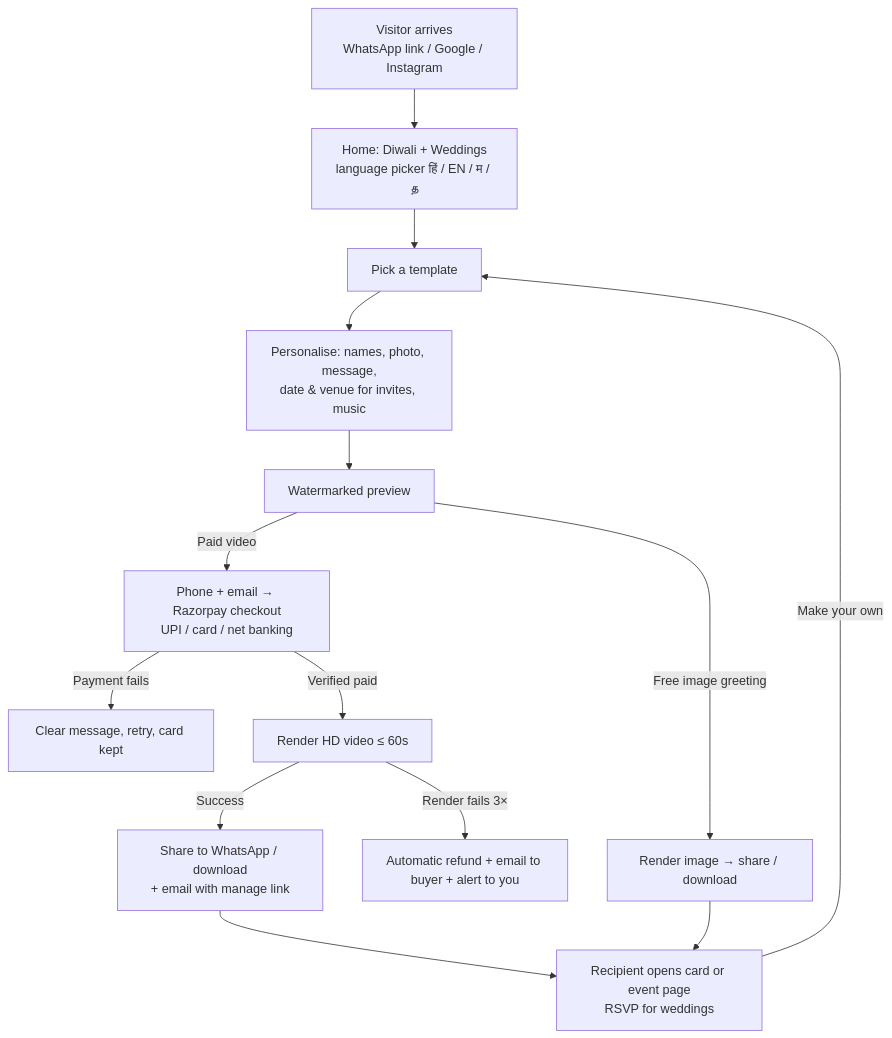
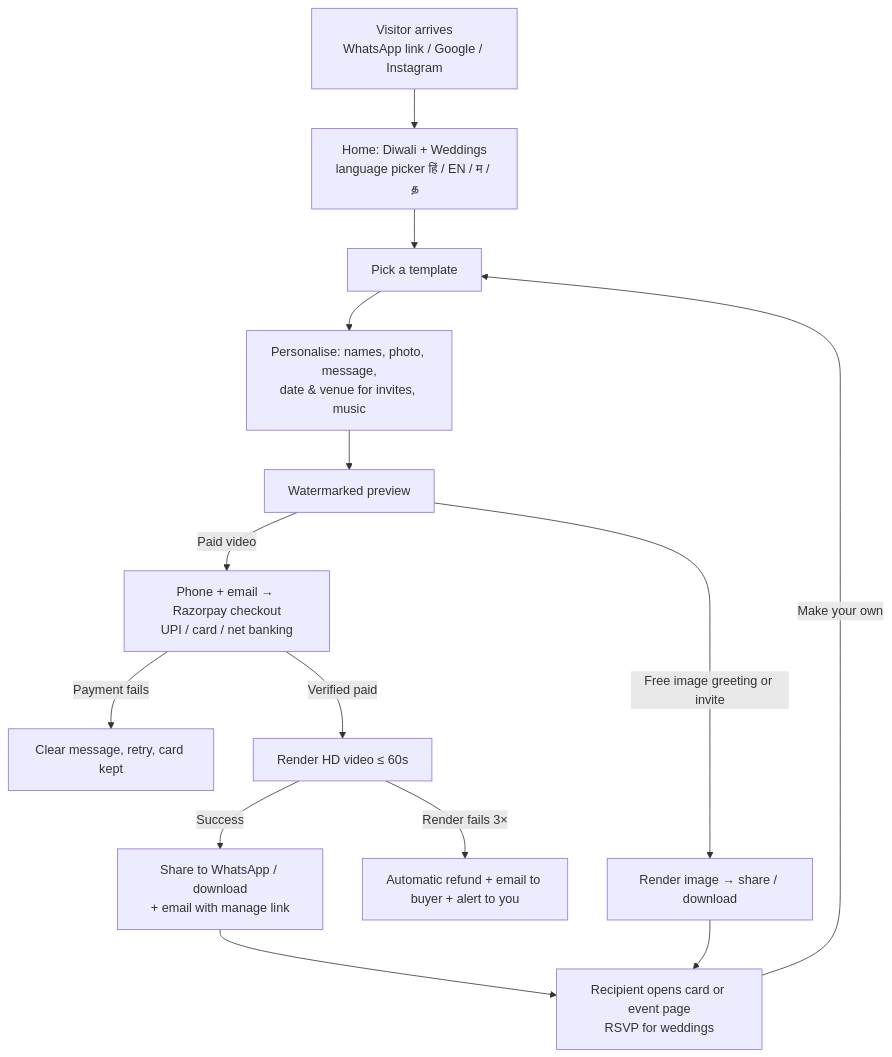
One commit to Vikreddevil/e-cards changed the diagram in docs/09-lean-launch-plan.md. Above: the diagram before and after it, drawn with Mermaid. The commit also changed other lines of this file and 5 other files, not shown here.

````diff
--- a/docs/09-lean-launch-plan.md
+++ b/docs/09-lean-launch-plan.md
@@ -42,16 +45,16 @@
 ```mermaid
 flowchart TD
   A[Visitor arrives<br/>WhatsApp link / Google / Instagram] --> B[Home: Diwali + Weddings<br/>language picker हिं / EN / म / த]
   B --> C[Pick a template]
   C --> D[Personalise: names, photo, message,<br/>date & venue for invites, music]
   D --> E[Watermarked preview]
-  E -->|Free image greeting| F[Render image → share / download]
+  E -->|Free image greeting or invite| F[Render image → share / download]
   E -->|Paid video| G[Phone + email → Razorpay checkout<br/>UPI / card / net banking]
   G -->|Payment fails| G2[Clear message, retry, card kept]
   G -->|Verified paid| H[Render HD video ≤ 60s]
   H -->|Render fails 3×| R[Automatic refund + email to buyer + alert to you]
   H -->|Success| I[Share to WhatsApp / download<br/>+ email with manage link]
   I --> J[Recipient opens card or event page<br/>RSVP for weddings]
   F --> J
   J -->|Make your own| C
 ```
````
